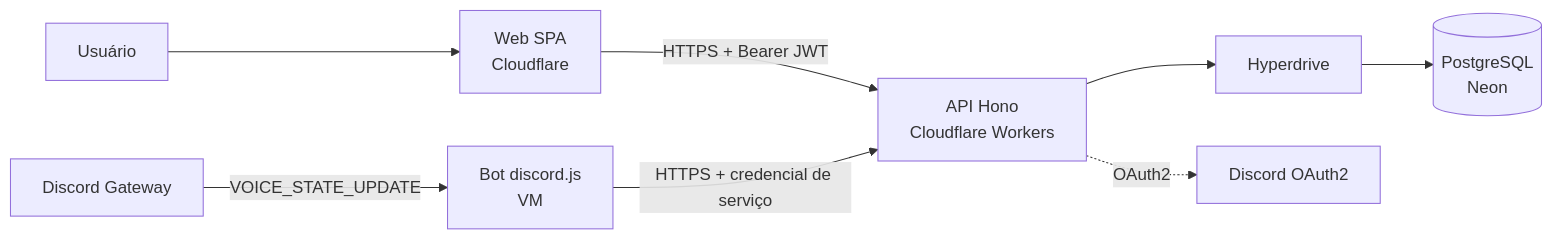
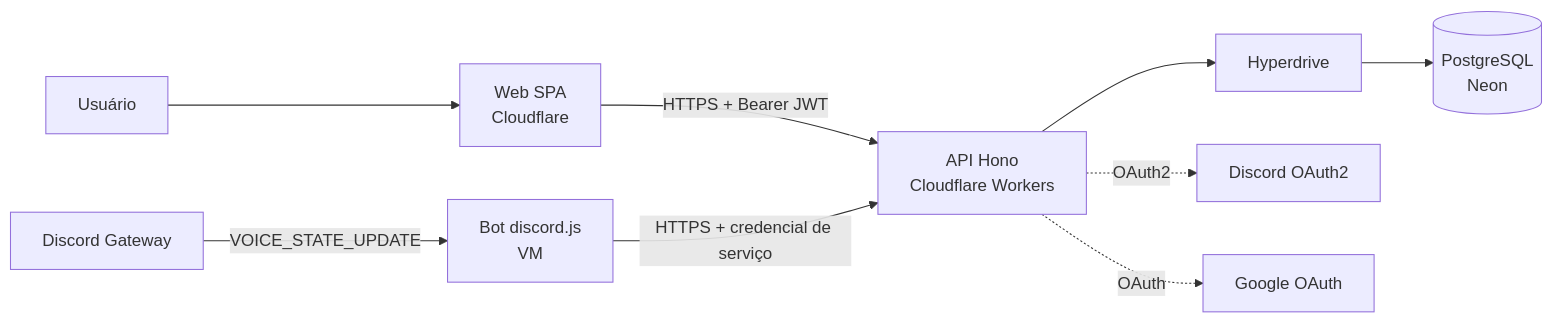
Before and after one commit to JKranmer/StudyRooms: the diagram in README.md, drawn with Mermaid. The commit also changed other lines of this file and 1 other file, not shown here.

First line of the commit message:
docs(planejamento): registra decisões aprovadas no roadmap e no README

````diff
--- a/README.md
+++ b/README.md
@@ -55,10 +55,11 @@
 ```mermaid
 flowchart LR
     U[Usuário] --> W[Web SPA<br/>Cloudflare]
     W -->|HTTPS + Bearer JWT| A[API Hono<br/>Cloudflare Workers]
     G[Discord Gateway] -->|VOICE_STATE_UPDATE| B[Bot discord.js<br/>VM]
     B -->|HTTPS + credencial de serviço| A
     A --> H[Hyperdrive]
     H --> P[(PostgreSQL<br/>Neon)]
     A -. OAuth2 .-> O[Discord OAuth2]
+    A -. OAuth .-> GO[Google OAuth]
 ```
````
